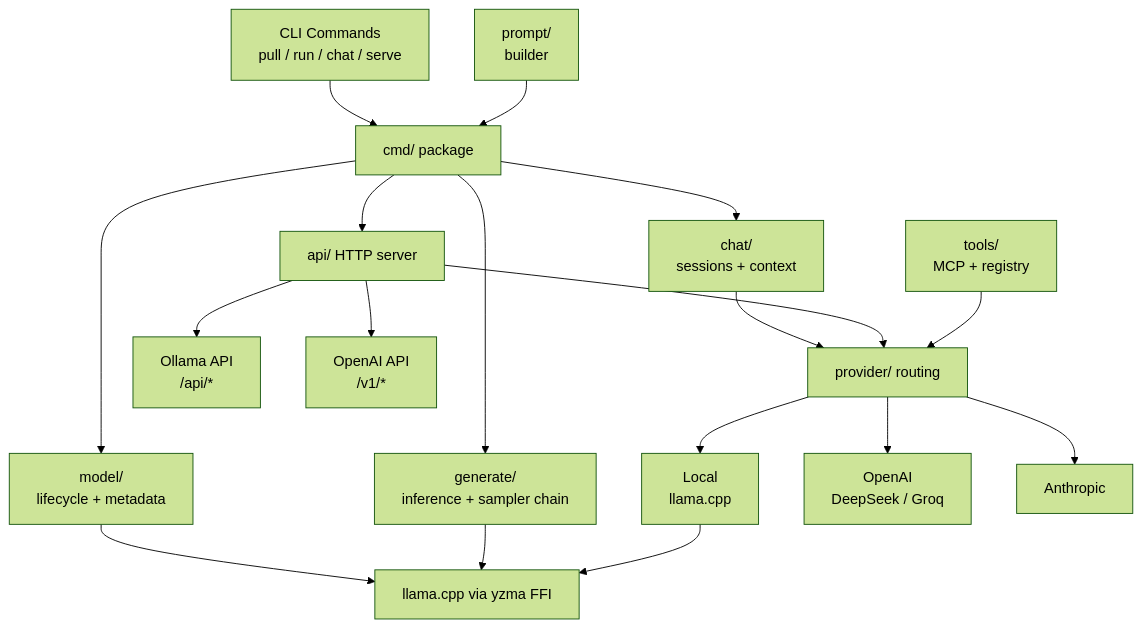
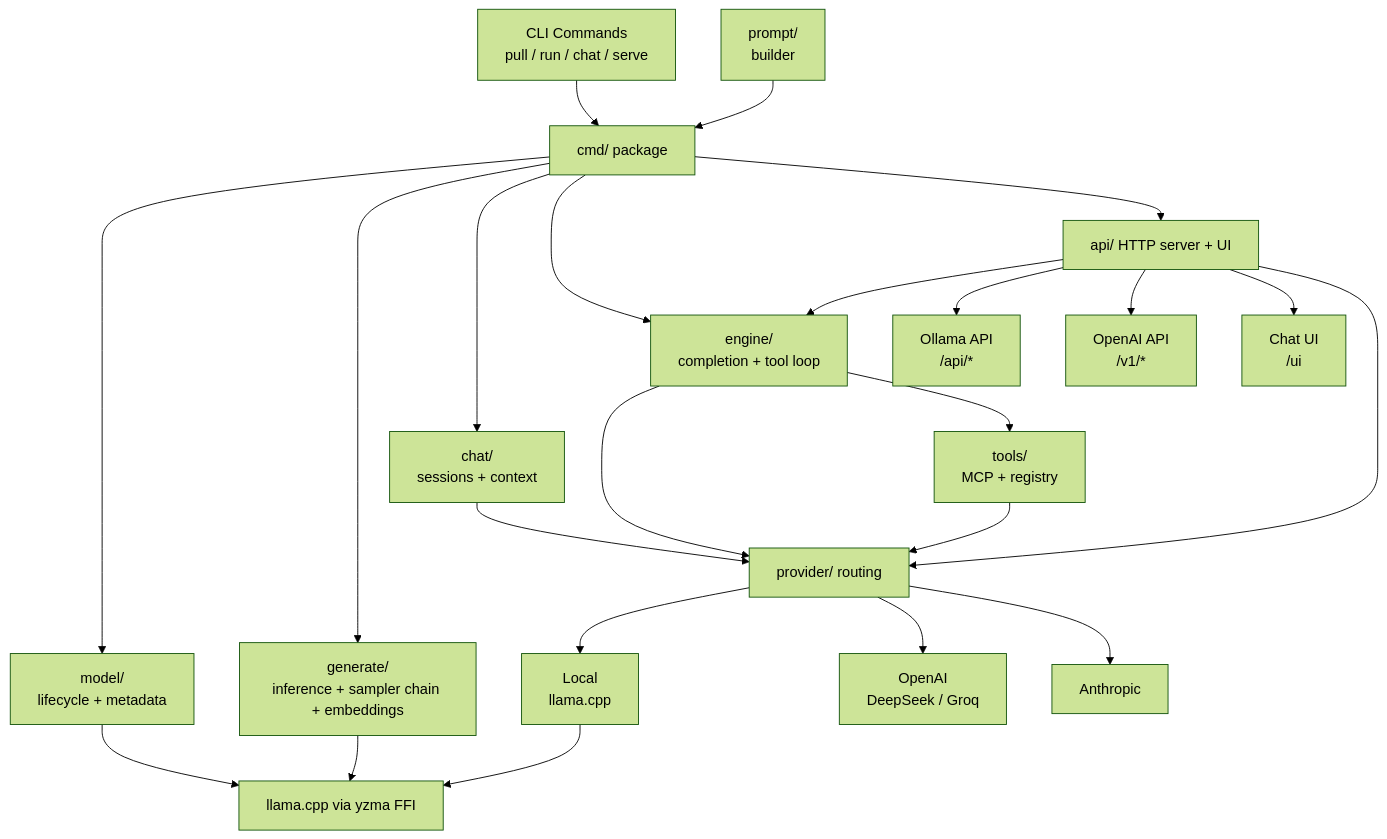
Before and after one commit to jsoprych/guff: the first of 3 diagrams in docs/architecture.md, drawn with Mermaid (forest theme). The commit also changed other lines of this file and 7 other files, not shown here.

````diff
--- a/docs/architecture.md
+++ b/docs/architecture.md
@@ -5,36 +5,43 @@
 ```mermaid
 graph TD
     CLI["CLI Commands<br/>pull / run / chat / serve"]
     CMD["cmd/ package"]
     MODEL["model/<br/>lifecycle + metadata"]
-    GEN["generate/<br/>inference + sampler chain"]
+    ENGINE["engine/<br/>completion + tool loop"]
+    GEN["generate/<br/>inference + sampler chain + embeddings"]
     CHAT["chat/<br/>sessions + context"]
     YZMA["llama.cpp via yzma FFI"]
     PROV["provider/ routing"]
     LOCAL["Local<br/>llama.cpp"]
     OAI["OpenAI<br/>DeepSeek / Groq"]
     ANT["Anthropic"]
     TOOLS["tools/<br/>MCP + registry"]
-    API["api/ HTTP server"]
+    API["api/ HTTP server + UI"]
     OLLAMA["Ollama API<br/>/api/*"]
     OPENAI["OpenAI API<br/>/v1/*"]
+    UI["Chat UI<br/>/ui"]
     PROMPT["prompt/<br/>builder"]
 
     CLI --> CMD
     CMD --> MODEL
     CMD --> GEN
     CMD --> CHAT
     MODEL --> YZMA
     GEN --> YZMA
     CHAT --> PROV
     PROV --> LOCAL
     PROV --> OAI
     PROV --> ANT
     LOCAL --> YZMA
+    CMD --> ENGINE
+    ENGINE --> PROV
+    ENGINE --> TOOLS
     CMD --> API
+    API --> ENGINE
     API --> OLLAMA
     API --> OPENAI
+    API --> UI
     API --> PROV
     TOOLS --> PROV
     PROMPT --> CMD
 ```
````
